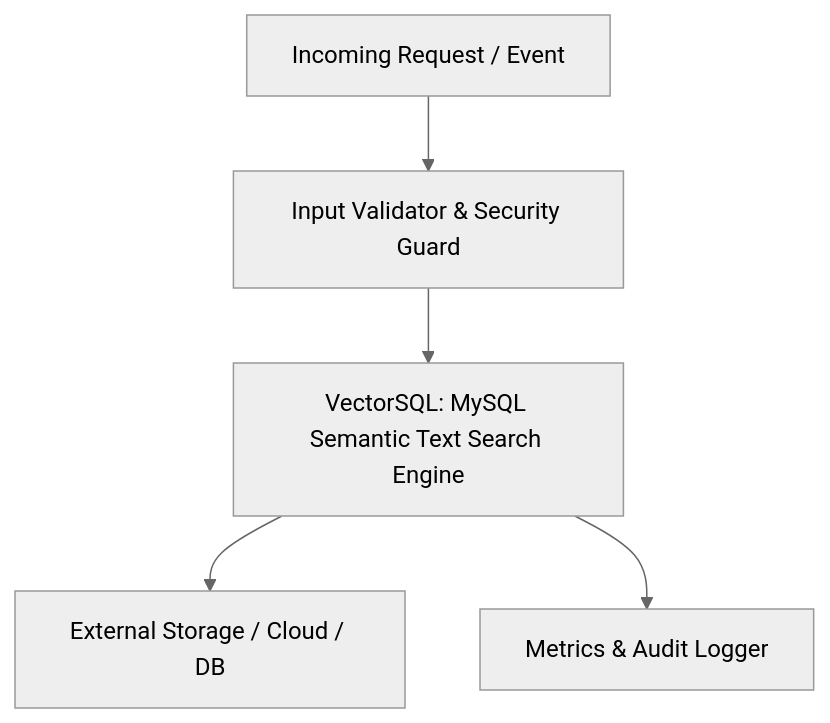
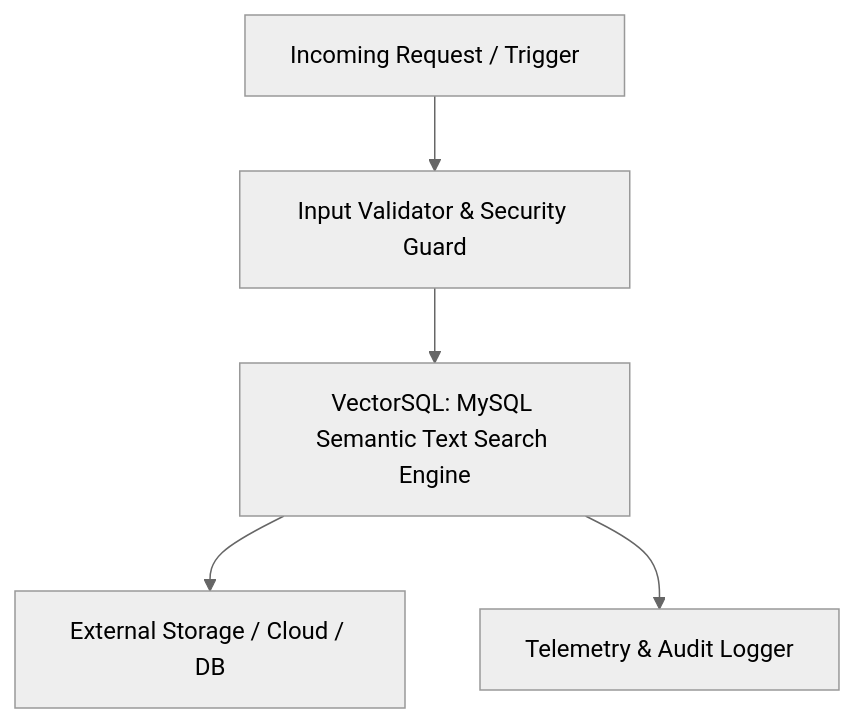
One commit to smit-backend/mysql-vector-search changed the diagram in README.md. Above: the diagram before and after it, drawn with Mermaid (neutral theme). The commit also changed other lines of this file, not shown here.

Commit message:
docs(readme): add detailed architectural flowchart, usage examples, and badges

````diff
--- a/README.md
+++ b/README.md
@@ -23,7 +23,7 @@
 ```mermaid
 graph TD
-    Client[Incoming Request / Event] --> Gate[Input Validator & Security Guard]
+    Client[Incoming Request / Trigger] --> Gate[Input Validator & Security Guard]
     Gate --> CoreEngine[VectorSQL: MySQL Semantic Text Search Engine]
     CoreEngine --> Adapter[External Storage / Cloud / DB]
-    CoreEngine --> Observer[Metrics & Audit Logger]
+    CoreEngine --> Observer[Telemetry & Audit Logger]
 ```
````
